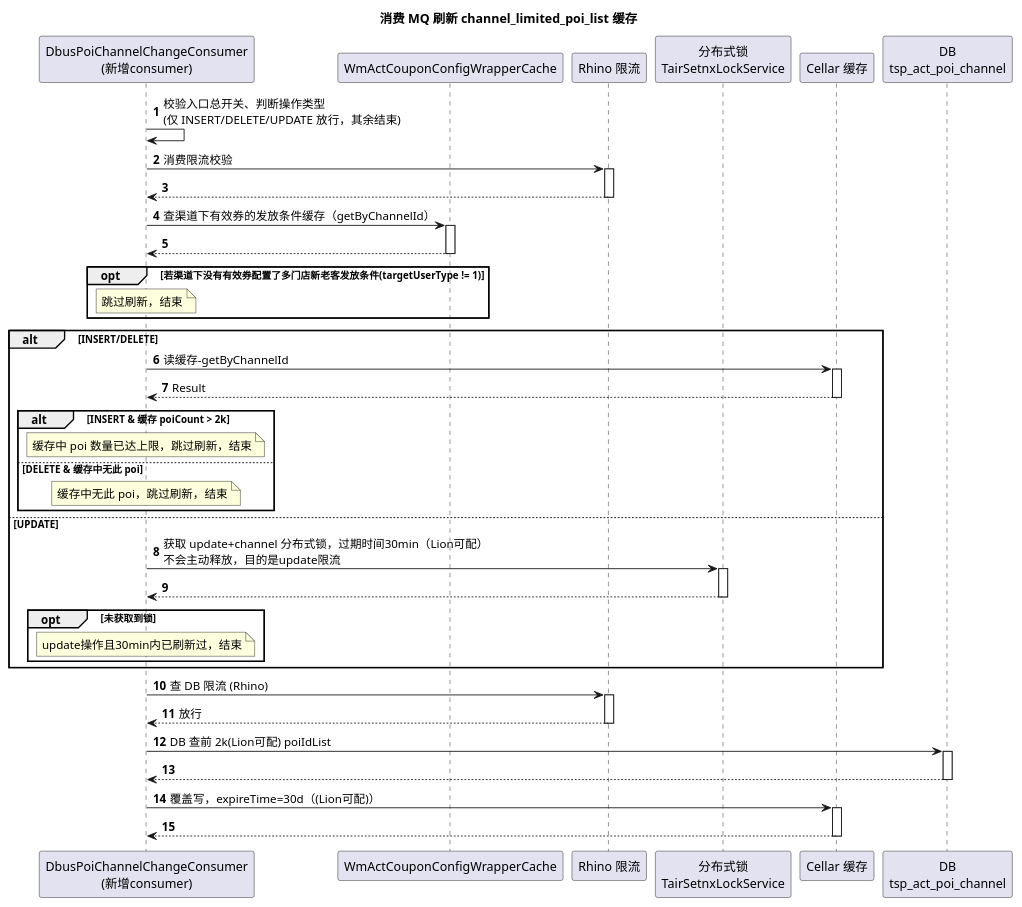
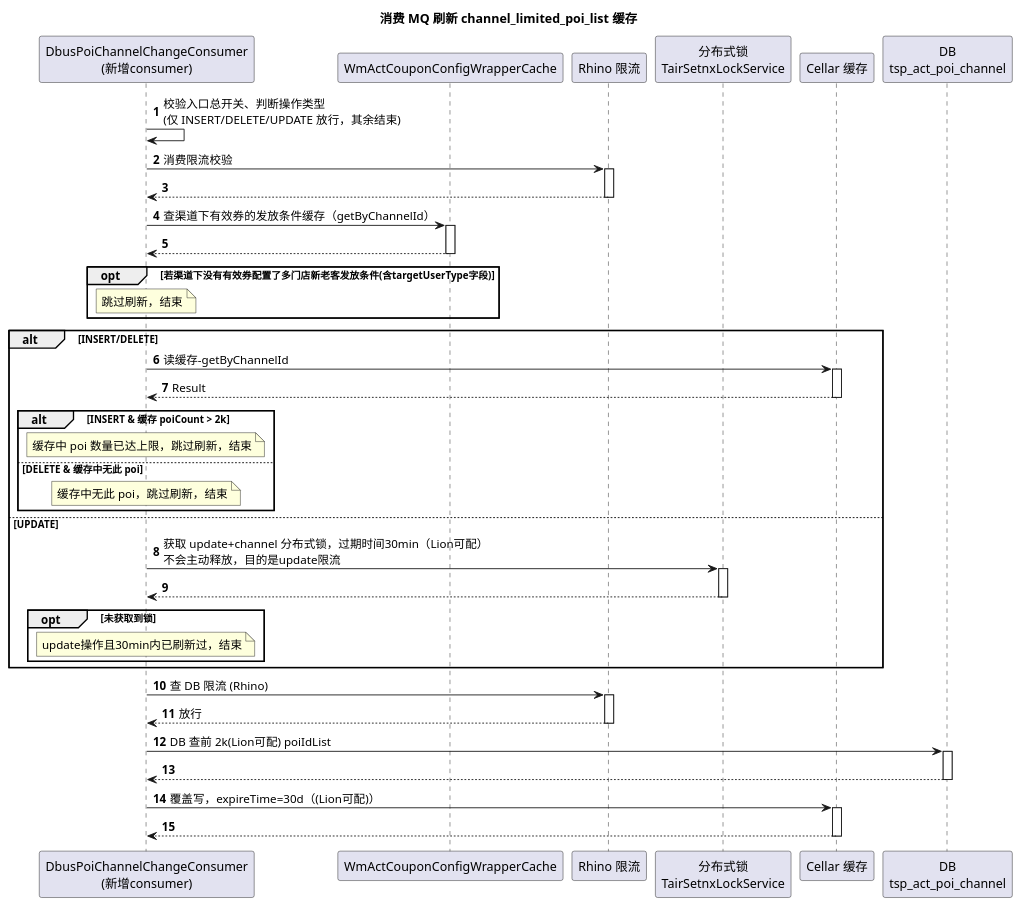
Before and after one commit to zhangbotong/mt-plantuml: the diagram in src/coupon/yiyao/ChannelLimitedPoiListListener.puml, drawn with PlantUML. The commit also changed 18 other files, not shown here.

```diff
--- a/src/coupon/yiyao/ChannelLimitedPoiListListener.puml
+++ b/src/coupon/yiyao/ChannelLimitedPoiListListener.puml
@@ -1,50 +1,50 @@
 @startuml
 title 消费 MQ 刷新 channel_limited_poi_list 缓存
 autonumber
 participant "DbusPoiChannelChangeConsumer\n(新增consumer)" as C
 participant "WmActCouponConfigWrapperCache" as W
 participant "Rhino 限流" as R
 participant "分布式锁\nTairSetnxLockService" as L
 participant "Cellar 缓存" as KV
 participant "DB\ntsp_act_poi_channel" as DB
 
 C -> C: 校验入口总开关、判断操作类型\n(仅 INSERT/DELETE/UPDATE 放行，其余结束)
 
 C -> R++: 消费限流校验
 return
 
 C -> W++: 查渠道下有效券的发放条件缓存（getByChannelId）
 return
 
-opt 若渠道下没有有效券配置了多门店新老客发放条件(targetUserType != 1)
+opt 若渠道下没有有效券配置了多门店新老客发放条件(含targetUserType字段)
     note over C: 跳过刷新，结束
 end
 
 
 alt INSERT/DELETE
     C -> KV++:  读缓存-getByChannelId
     return Result
     alt INSERT & 缓存 poiCount > 2k
       note over C:缓存中 poi 数量已达上限，跳过刷新，结束
     else DELETE & 缓存中无此 poi
       note over C:缓存中无此 poi，跳过刷新，结束
     end
 else UPDATE
 '    C -> KV++:  读缓存ttl-ChannelId
 '    return Result
     C -> L++: 获取 update+channel 分布式锁，过期时间30min（Lion可配）\n不会主动释放，目的是update限流
     return
     opt 未获取到锁
       note over C: update操作且30min内已刷新过，结束
     end
 end
 
   C -> R++: 查 DB 限流 (Rhino)
   return 放行
 
   C -> DB++: DB 查前 2k(Lion可配) poiIdList
   return
 
   C -> KV++: 覆盖写，expireTime=30d（(Lion可配)）
   return
 @enduml
```
